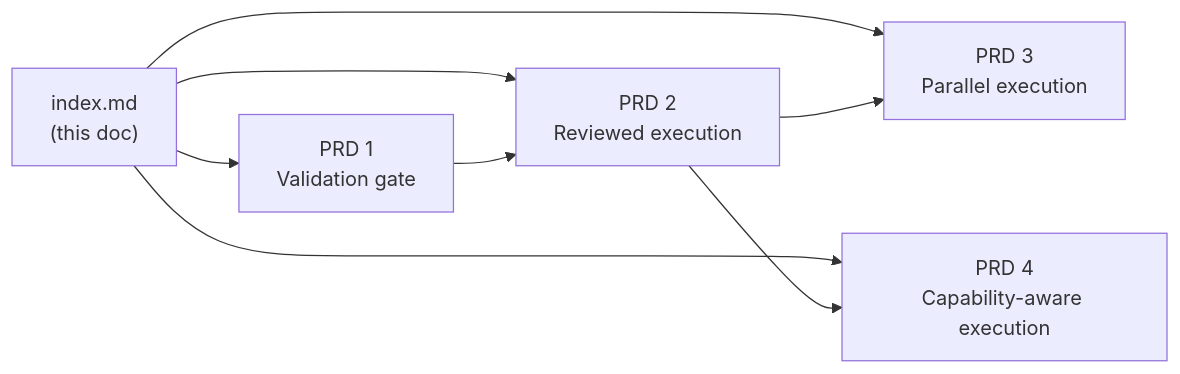
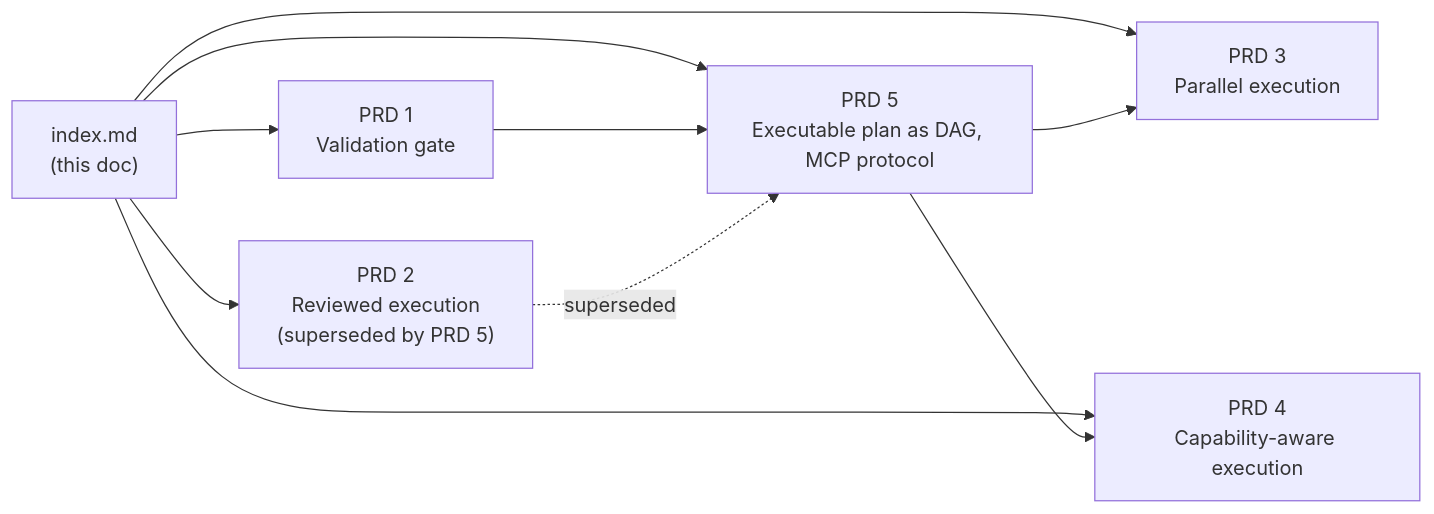
One commit to fgmacedo/buchecha changed the second of 2 diagrams in docs/specs/director/index.md. Above: the diagram before and after it, drawn with Mermaid. The commit also changed other lines of this file and 145 other files, not shown here.

First line of the commit message:
director: introduce Director role with DAG-driven plan/brief/review pipeline and MCP wire protocol

````diff
--- a/docs/specs/director/index.md
+++ b/docs/specs/director/index.md
@@ -124,10 +124,12 @@
 ```mermaid
 graph LR
     INIT["index.md<br/>(this doc)"] --> P1["PRD 1<br/>Validation gate"]
-    INIT --> P2["PRD 2<br/>Reviewed execution"]
+    INIT --> P2["PRD 2<br/>Reviewed execution<br/>(superseded by PRD 5)"]
     INIT --> P3["PRD 3<br/>Parallel execution"]
     INIT --> P4["PRD 4<br/>Capability-aware execution"]
-    P1 --> P2
-    P2 --> P3
-    P2 --> P4
+    INIT --> P5["PRD 5<br/>Executable plan as DAG, MCP protocol"]
+    P1 --> P5
+    P2 -.superseded.-> P5
+    P5 --> P3
+    P5 --> P4
 ```
````
